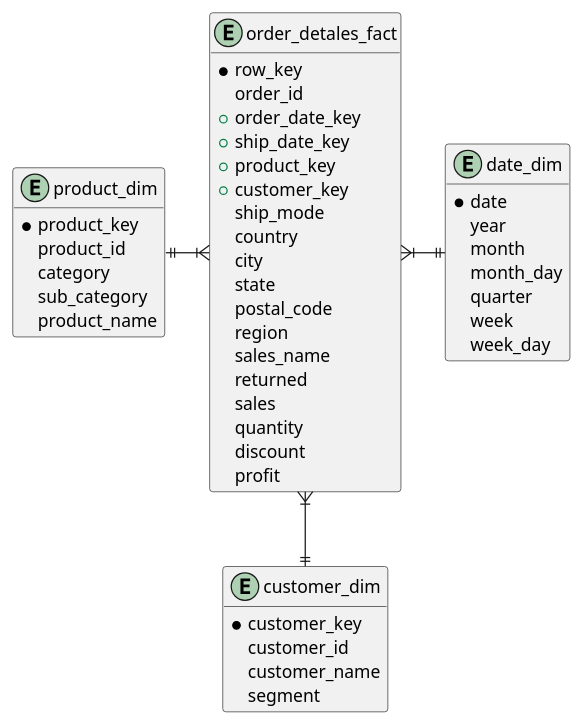
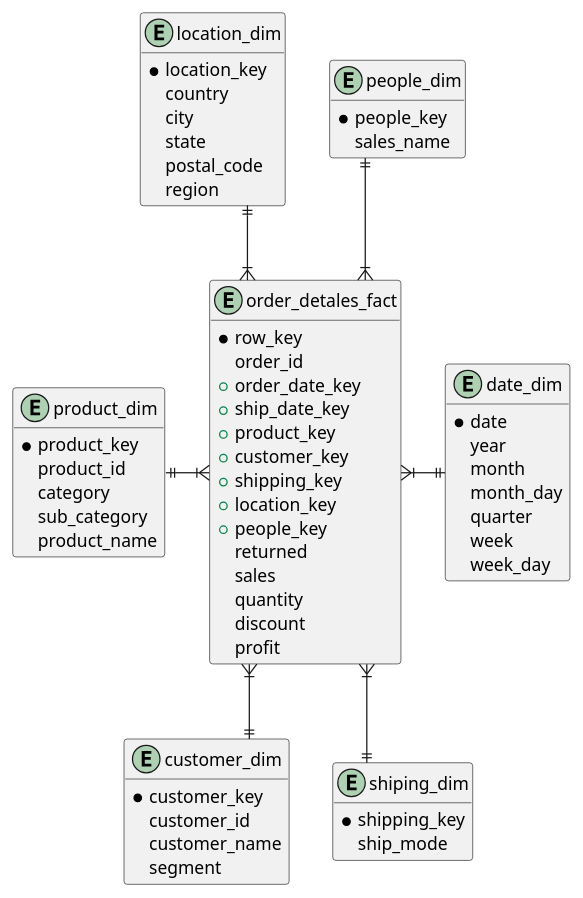
The third of 6 diagrams in module2/results/model.puml (dimabugaev/DE-101), drawn with PlantUML before and after one commit. The commit also changed other lines of this file and 8 other files, not shown here.

```diff
--- a/module2/results/model.puml
+++ b/module2/results/model.puml
@@ -72,56 +84,70 @@
 @startuml phisical_star
 
 skinparam linetype ortho
 hide methods
 
 
 entity order_detales_fact{
     *row_key 
     order_id 
     +order_date_key
     +ship_date_key
     +product_key
     +customer_key
-    ship_mode
-    country
-    city
-    state
-    postal_code
-    region
-    sales_name
+    +shipping_key
+    +location_key
+    +people_key
     returned
     sales
     quantity
     discount
     profit
 }
 entity customer_dim{
     *customer_key
     customer_id
     customer_name
     segment
 }
-'entity location_dim
+entity location_dim{
+    *location_key
+    country
+    city
+    state
+    postal_code
+    region    
+}
 entity product_dim{
     *product_key
     product_id
     category
     sub_category
     product_name
 }
 entity date_dim{
     *date
     year
     month
     month_day
     quarter
     week
     week_day
 }
 
+entity people_dim{
+    *people_key
+    sales_name    
+}
+entity shiping_dim{
+    *shipping_key
+    ship_mode
+}
+
 customer_dim ||-u-|{ order_detales_fact
-'location_dim - order_detales_fact
+shiping_dim ||-u-|{ order_detales_fact
+location_dim ||-d-|{ order_detales_fact
 product_dim ||-|{ order_detales_fact
 date_dim ||-l-|{ order_detales_fact
+people_dim ||-d-|{ order_detales_fact
 
 @enduml
```
